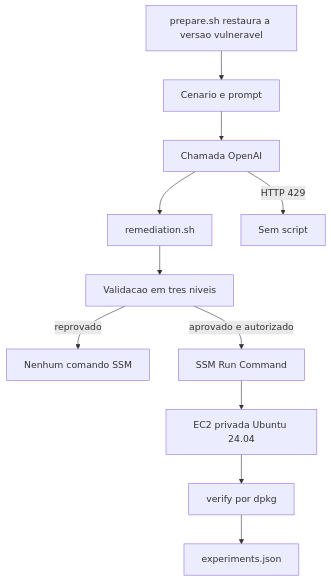
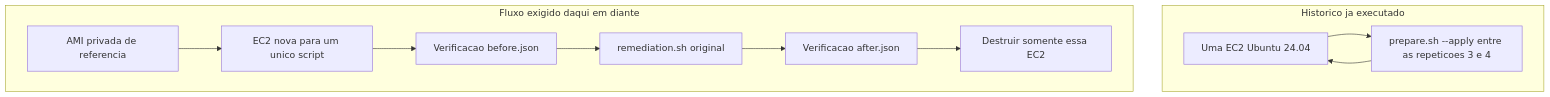
Before and after one commit to samorimth/project-automation-remediate: the diagram in tcc-gpt-linux/docs/arquitetura/fluxo_experimental.mmd, drawn with Mermaid. The commit also changed 97 other files, not shown here.

```diff
--- a/tcc-gpt-linux/docs/arquitetura/fluxo_experimental.mmd
+++ b/tcc-gpt-linux/docs/arquitetura/fluxo_experimental.mmd
@@ -1,11 +1,15 @@
 flowchart TD
-  cenario[Cenario e prompt] --> api[Chamada OpenAI]
-  api --> script[remediation.sh]
-  api -->|HTTP 429| semScript[Sem script]
-  script --> validacao[Validacao em tres niveis]
-  validacao -->|reprovado| semSsm[Nenhum comando SSM]
-  validacao -->|aprovado e autorizado| ssm[SSM Run Command]
-  ssm --> ec2[EC2 privada Ubuntu 24.04]
-  ec2 --> verify[verify por dpkg]
-  verify --> ledger[experiments.json]
-  prepare[prepare.sh restaura a versao vulneravel] --> cenario
+  subgraph historico [Historico ja executado]
+    mesmaEc2[Uma EC2 Ubuntu 24.04]
+    prepare[prepare.sh --apply entre as repeticoes 3 e 4]
+    mesmaEc2 --> prepare --> mesmaEc2
+  end
+  subgraph planejado [Fluxo exigido daqui em diante]
+    ami[AMI privada de referencia]
+    nova[EC2 nova para um unico script]
+    antes[Verificacao before.json]
+    script[remediation.sh original]
+    depois[Verificacao after.json]
+    fim[Destruir somente essa EC2]
+    ami --> nova --> antes --> script --> depois --> fim
+  end
```
